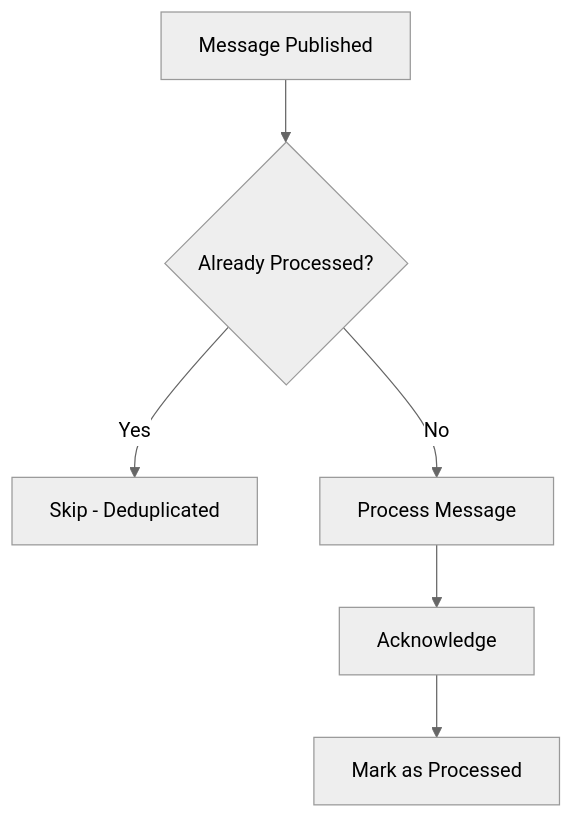
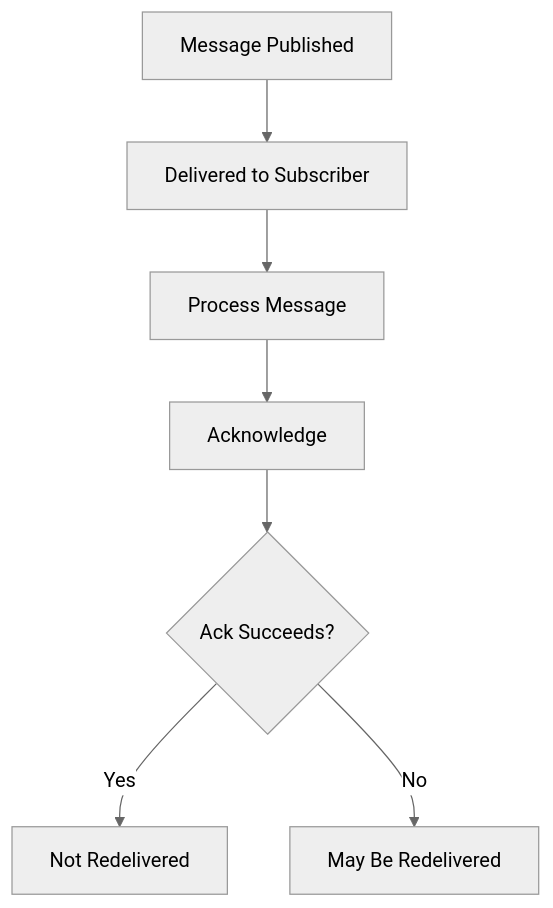
The second of 3 diagrams in posts/2026-01-24-gcp-cloud-pubsub-configuration/README.md (OneUptime/blog), drawn with Mermaid (neutral theme) before and after one commit. The commit also changed other lines of this file and 4262 other files, not shown here.

````diff
--- a/posts/2026-01-24-gcp-cloud-pubsub-configuration/README.md
+++ b/posts/2026-01-24-gcp-cloud-pubsub-configuration/README.md
@@ -149,8 +150,9 @@
 ```mermaid
 flowchart TB
-    A[Message Published] --> B{Already Processed?}
-    B -->|Yes| C[Skip - Deduplicated]
-    B -->|No| D[Process Message]
-    D --> E[Acknowledge]
-    E --> F[Mark as Processed]
+    A[Message Published] --> B[Delivered to Subscriber]
+    B --> C[Process Message]
+    C --> D[Acknowledge]
+    D --> E{Ack Succeeds?}
+    E -->|Yes| F[Not Redelivered]
+    E -->|No| G[May Be Redelivered]
 ```
````
